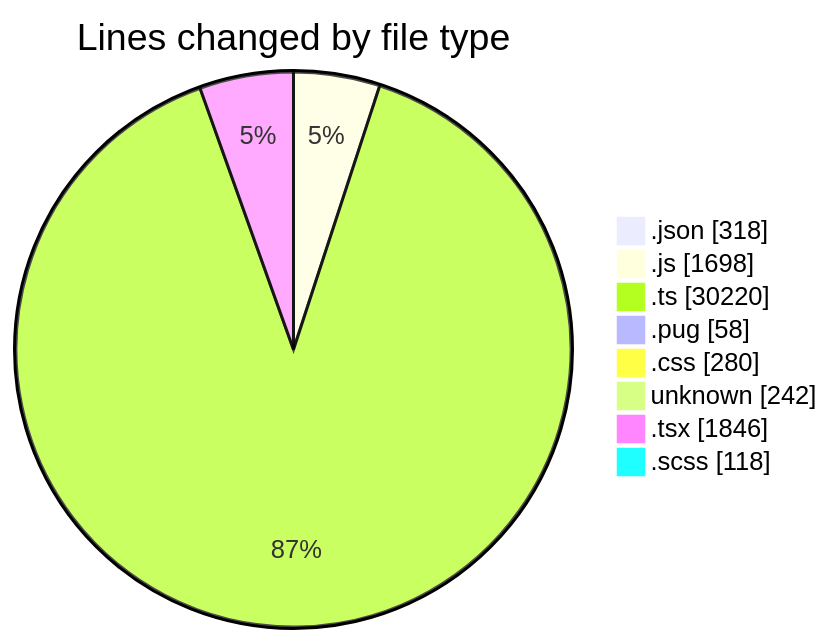
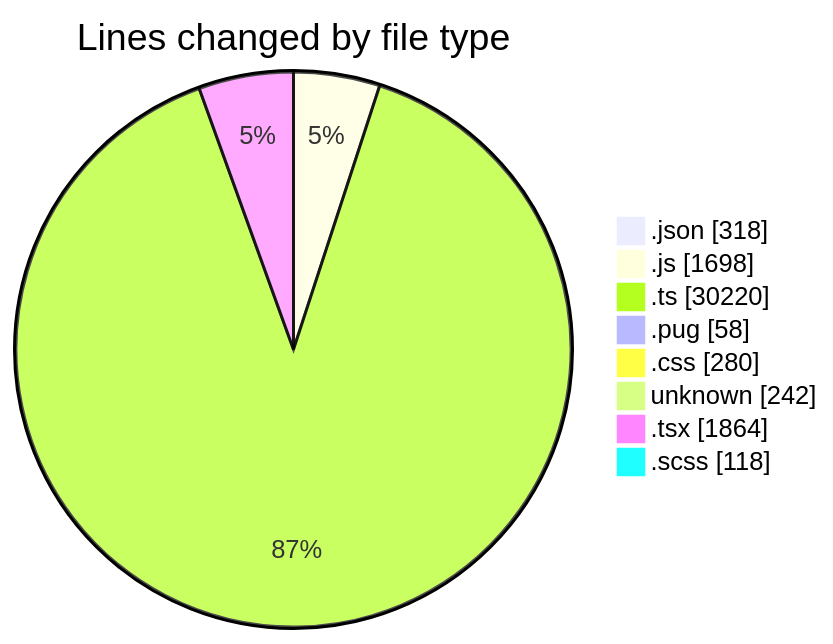
One commit to momahboobian/code-tracking changed the first of 2 diagrams in 2026-06-02/cda/README.md. Above: the diagram before and after it, drawn with Mermaid. The commit also changed other lines of this file and 1 other file, not shown here.

````diff
--- a/2026-06-02/cda/README.md
+++ b/2026-06-02/cda/README.md
@@ -66,12 +66,12 @@
 ```mermaid
 pie showData
 title Lines changed by file type
 ".json" : 318
 ".js" : 1698
 ".ts" : 30220
 ".pug" : 58
 ".css" : 280
 "unknown" : 242
-".tsx" : 1846
+".tsx" : 1864
 ".scss" : 118
 ```
````
